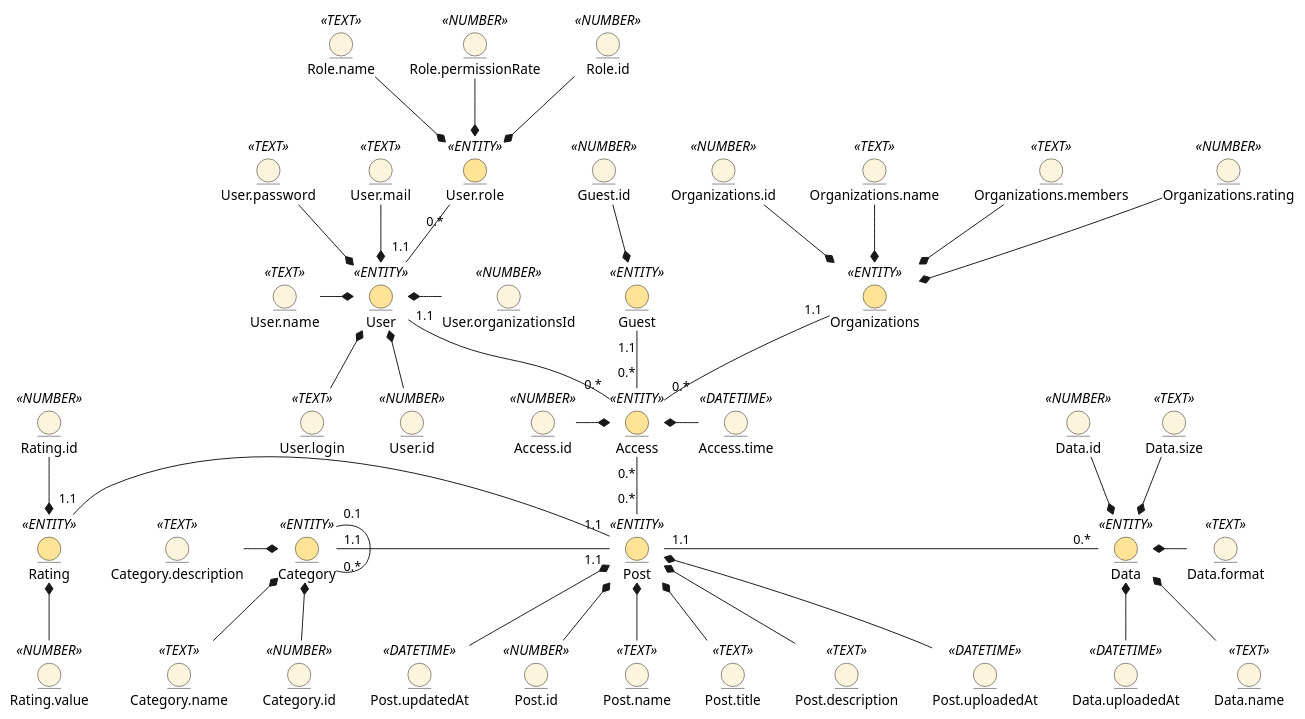
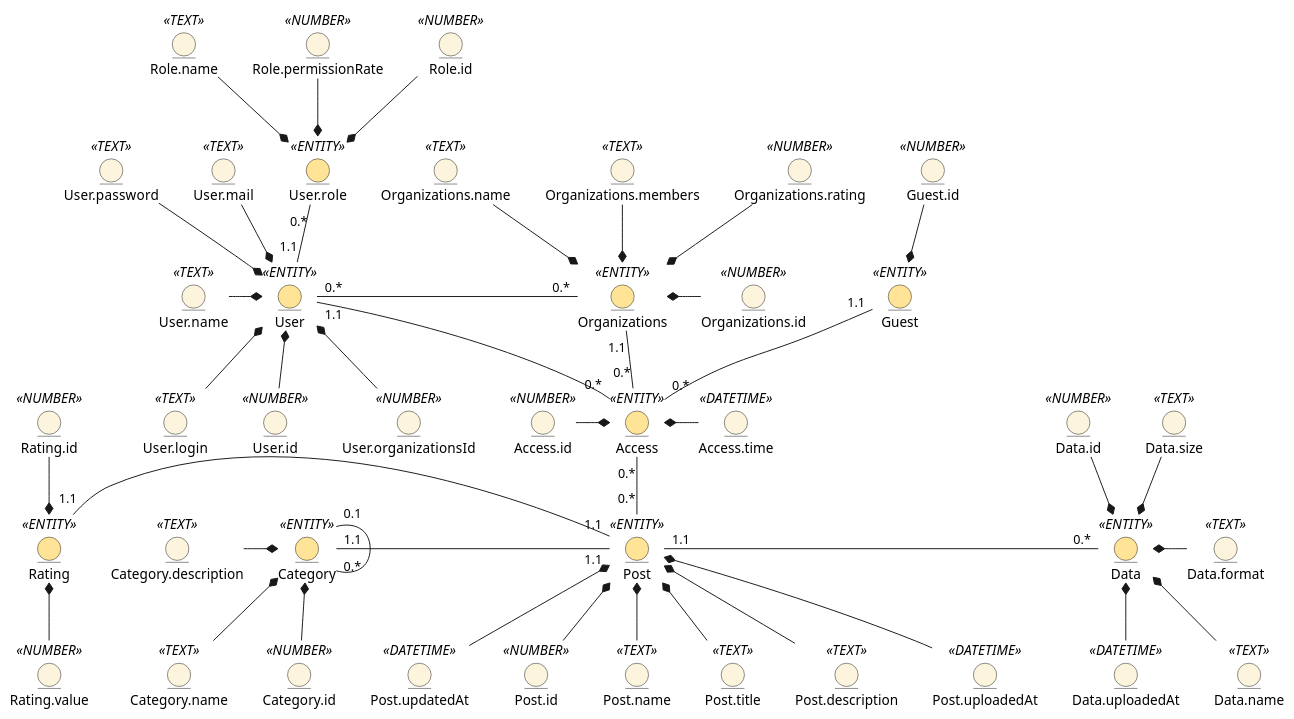
One commit to notnuff/edu_db_labs-IM-21 changed the first of 2 diagrams in docs/design/README.md. Above: the diagram before and after it, drawn with PlantUML.

Commit message:
change connections type

```diff
--- a/docs/design/README.md
+++ b/docs/design/README.md
@@ -23,7 +23,7 @@
 User.role "0.*"--"1.1" User
 User.name -r-* User
 User.id -u-* User
-User.organizationsId -l-* User
+User.organizationsId -u-* User
 
 entity Role.name <<TEXT>> #fcf4dc
 entity Role.permissionRate <<NUMBER>> #fcf4dc
@@ -44,7 +44,8 @@
 entity Organizations.members <<TEXT>> #fcf4dc
 entity Organizations.rating <<NUMBER>> #fcf4dc
 
-Organizations.id -d-* Organizations
+Organizations "0.*"-l-"0.*" User
+Organizations.id -l-* Organizations
 Organizations.name -d-* Organizations
 Organizations.members -d-* Organizations
 Organizations.rating -d-* Organizations
```
